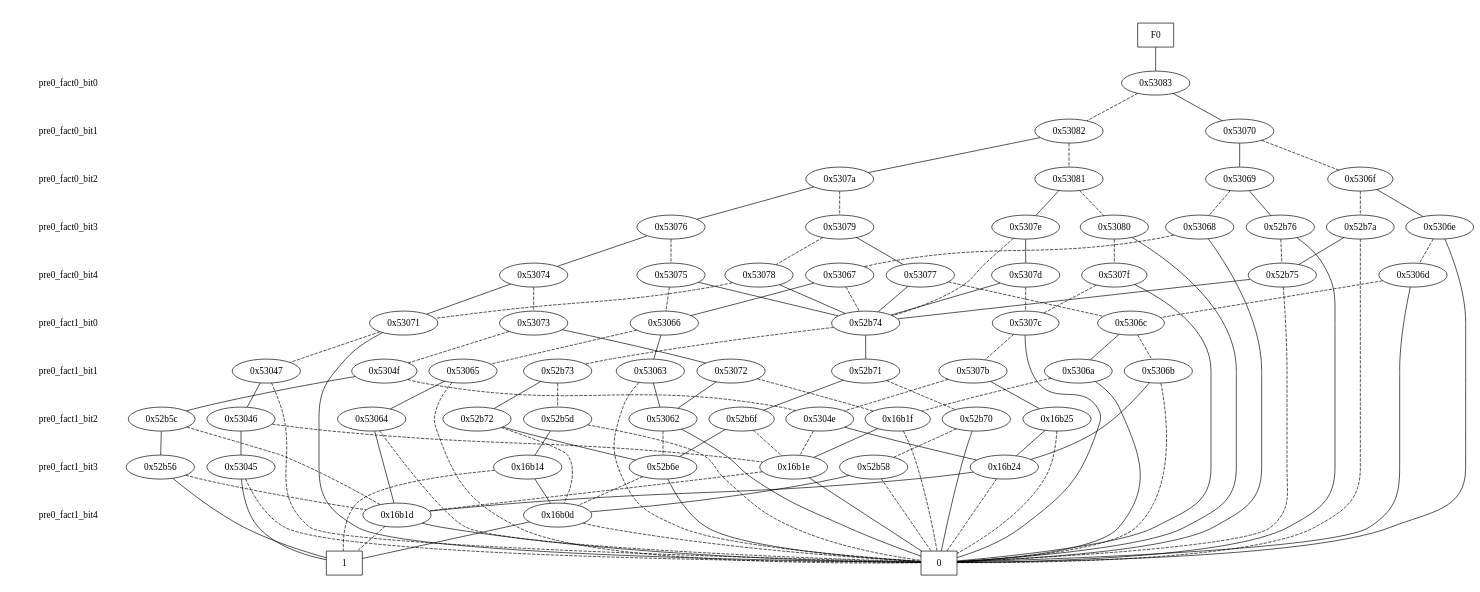
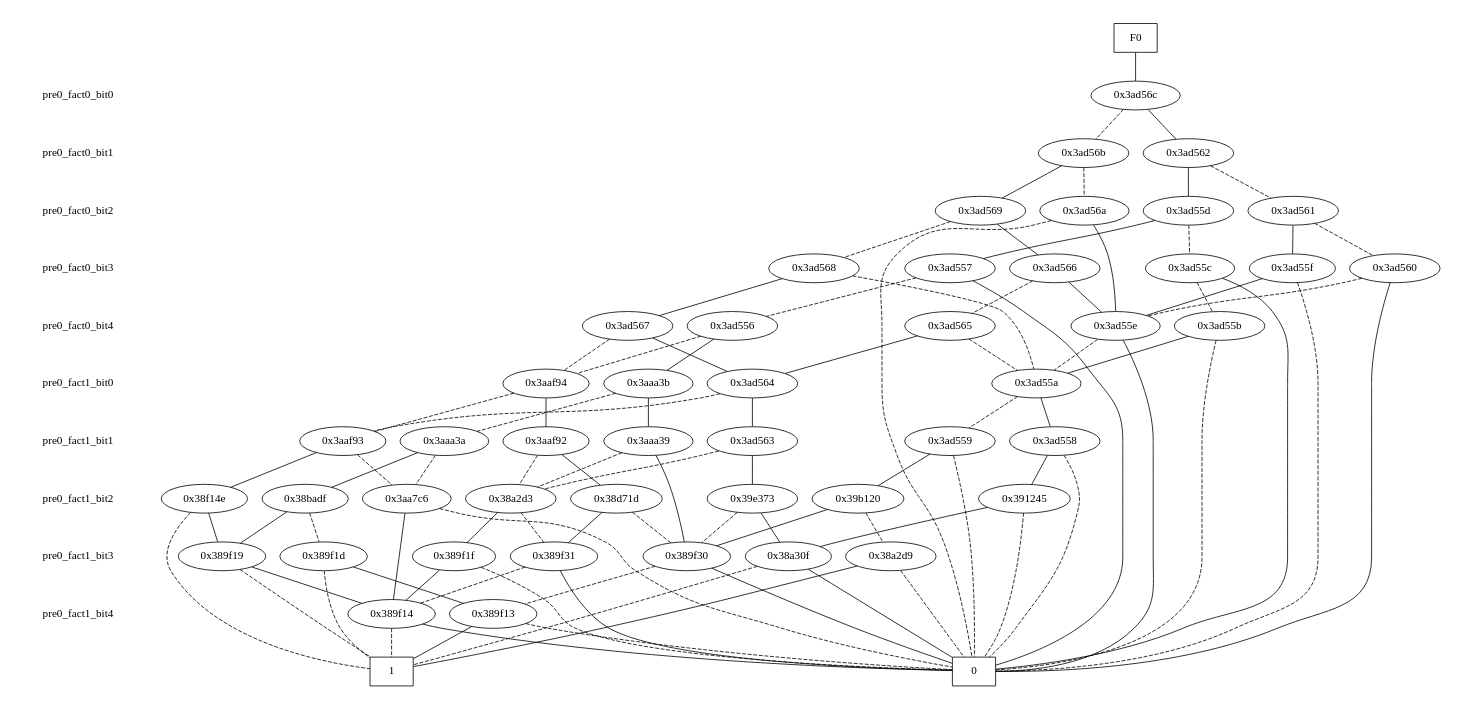
The diagram in effects1.dot (galvusdamor/downward-hm), drawn with Graphviz before and after one commit. The commit also changed 30 other files, not shown here.

```diff
--- a/effects1.dot
+++ b/effects1.dot
@@ -10,211 +10,169 @@
 { rank = same; node [shape = box]; edge [style = invis];
 "F0"; }
 { rank = same; " pre0_fact0_bit0 ";
-"0x53083";
+"0x3ad56c";
 }
 { rank = same; " pre0_fact0_bit1 ";
-"0x53082";
-"0x53070";
+"0x3ad56b";
+"0x3ad562";
 }
 { rank = same; " pre0_fact0_bit2 ";
-"0x53081";
-"0x5306f";
-"0x53069";
-"0x5307a";
+"0x3ad56a";
+"0x3ad569";
+"0x3ad55d";
+"0x3ad561";
 }
 { rank = same; " pre0_fact0_bit3 ";
-"0x53079";
-"0x52b7a";
-"0x53080";
-"0x52b76";
-"0x5307e";
-"0x53068";
-"0x53076";
-"0x5306e";
+"0x3ad566";
+"0x3ad55f";
+"0x3ad568";
+"0x3ad557";
+"0x3ad55c";
+"0x3ad560";
 }
 { rank = same; " pre0_fact0_bit4 ";
-"0x53074";
-"0x53075";
-"0x5307f";
-"0x53077";
-"0x53078";
-"0x5306d";
-"0x52b75";
-"0x5307d";
-"0x53067";
+"0x3ad565";
+"0x3ad567";
+"0x3ad556";
+"0x3ad55b";
+"0x3ad55e";
 }
 { rank = same; " pre0_fact1_bit0 ";
-"0x5307c";
-"0x5306c";
-"0x53073";
-"0x52b74";
-"0x53066";
-"0x53071";
+"0x3ad564";
+"0x3aaa3b";
+"0x3ad55a";
+"0x3aaf94";
 }
 { rank = same; " pre0_fact1_bit1 ";
-"0x5306a";
-"0x52b73";
-"0x5304f";
-"0x52b71";
-"0x5306b";
-"0x53047";
-"0x5307b";
-"0x53063";
-"0x53065";
-"0x53072";
+"0x3aaf93";
+"0x3aaa3a";
+"0x3aaf92";
+"0x3ad558";
+"0x3ad559";
+"0x3aaa39";
+"0x3ad563";
 }
 { rank = same; " pre0_fact1_bit2 ";
-"0x53062";
-"0x53046";
-"0x52b72";
-"0x52b5d";
-"0x16b1f";
-"0x16b25";
-"0x52b70";
-"0x5304e";
-"0x52b5c";
-"0x52b6f";
-"0x53064";
+"0x39b120";
+"0x39e373";
+"0x38badf";
+"0x38f14e";
+"0x391245";
+"0x38a2d3";
+"0x38d71d";
+"0x3aa7c6";
 }
 { rank = same; " pre0_fact1_bit3 ";
-"0x16b1e";
-"0x53045";
-"0x52b6e";
-"0x52b56";
-"0x16b14";
-"0x52b58";
-"0x16b24";
+"0x38a30f";
+"0x389f1d";
+"0x389f30";
+"0x389f31";
+"0x38a2d9";
+"0x389f19";
+"0x389f1f";
 }
 { rank = same; " pre0_fact1_bit4 ";
-"0x16b1d";
-"0x16b0d";
+"0x389f14";
+"0x389f13";
 }
 { rank = same; "CONST NODES";
-{ node [shape = box]; "0x16a9c";
-"0x16a9b";
+{ node [shape = box]; "0x36e91c";
+"0x36e91b";
 }
 }
-"F0" -> "0x53083" [style = solid];
-"0x53083" -> "0x53070";
-"0x53083" -> "0x53082" [style = dashed];
-"0x53082" -> "0x5307a";
-"0x53082" -> "0x53081" [style = dashed];
-"0x53070" -> "0x53069";
-"0x53070" -> "0x5306f" [style = dashed];
-"0x53081" -> "0x5307e";
-"0x53081" -> "0x53080" [style = dashed];
-"0x5306f" -> "0x5306e";
-"0x5306f" -> "0x52b7a" [style = dashed];
-"0x53069" -> "0x52b76";
-"0x53069" -> "0x53068" [style = dashed];
-"0x5307a" -> "0x53076";
-"0x5307a" -> "0x53079" [style = dashed];
-"0x53079" -> "0x53077";
-"0x53079" -> "0x53078" [style = dashed];
-"0x52b7a" -> "0x52b75";
-"0x52b7a" -> "0x16a9c" [style = dashed];
-"0x53080" -> "0x16a9c";
-"0x53080" -> "0x5307f" [style = dashed];
-"0x52b76" -> "0x16a9c";
-"0x52b76" -> "0x52b75" [style = dashed];
-"0x5307e" -> "0x5307d";
-"0x5307e" -> "0x52b74" [style = dashed];
-"0x53068" -> "0x16a9c";
-"0x53068" -> "0x53067" [style = dashed];
-"0x53076" -> "0x53074";
-"0x53076" -> "0x53075" [style = dashed];
-"0x5306e" -> "0x16a9c";
-"0x5306e" -> "0x5306d" [style = dashed];
-"0x53074" -> "0x53071";
-"0x53074" -> "0x53073" [style = dashed];
-"0x53075" -> "0x52b74";
-"0x53075" -> "0x53066" [style = dashed];
-"0x5307f" -> "0x16a9c";
-"0x5307f" -> "0x5307c" [style = dashed];
-"0x53077" -> "0x52b74";
-"0x53077" -> "0x5306c" [style = dashed];
-"0x53078" -> "0x52b74";
-"0x53078" -> "0x53071" [style = dashed];
-"0x5306d" -> "0x16a9c";
-"0x5306d" -> "0x5306c" [style = dashed];
-"0x52b75" -> "0x52b74";
-"0x52b75" -> "0x16a9c" [style = dashed];
-"0x5307d" -> "0x52b74";
-"0x5307d" -> "0x5307c" [style = dashed];
-"0x53067" -> "0x53066";
-"0x53067" -> "0x52b74" [style = dashed];
-"0x5307c" -> "0x16a9c";
-"0x5307c" -> "0x5307b" [style = dashed];
-"0x5306c" -> "0x5306a";
-"0x5306c" -> "0x5306b" [style = dashed];
-"0x53073" -> "0x53072";
-"0x53073" -> "0x5304f" [style = dashed];
-"0x52b74" -> "0x52b71";
-"0x52b74" -> "0x52b73" [style = dashed];
-"0x53066" -> "0x53063";
-"0x53066" -> "0x53065" [style = dashed];
-"0x53071" -> "0x16a9c";
-"0x53071" -> "0x53047" [style = dashed];
-"0x5306a" -> "0x16a9c";
-"0x5306a" -> "0x16b1f" [style = dashed];
-"0x52b73" -> "0x52b72";
-"0x52b73" -> "0x52b5d" [style = dashed];
-"0x5304f" -> "0x52b5c";
-"0x5304f" -> "0x5304e" [style = dashed];
-"0x52b71" -> "0x52b6f";
-"0x52b71" -> "0x52b70" [style = dashed];
-"0x5306b" -> "0x16b24";
-"0x5306b" -> "0x16a9c" [style = dashed];
-"0x53047" -> "0x53046";
-"0x53047" -> "0x16a9c" [style = dashed];
-"0x5307b" -> "0x16b25";
-"0x5307b" -> "0x5304e" [style = dashed];
-"0x53063" -> "0x53062";
-"0x53063" -> "0x16a9c" [style = dashed];
-"0x53065" -> "0x53064";
-"0x53065" -> "0x16a9c" [style = dashed];
-"0x53072" -> "0x53062";
-"0x53072" -> "0x16b1f" [style = dashed];
-"0x53062" -> "0x16a9c";
-"0x53062" -> "0x52b6e" [style = dashed];
-"0x53046" -> "0x53045";
-"0x53046" -> "0x16b1e" [style = dashed];
-"0x52b72" -> "0x52b6e";
-"0x52b72" -> "0x16b0d" [style = dashed];
-"0x52b5d" -> "0x16b14";
-"0x52b5d" -> "0x16a9c" [style = dashed];
-"0x16b1f" -> "0x16b1e";
-"0x16b1f" -> "0x16a9c" [style = dashed];
-"0x16b25" -> "0x16b24";
-"0x16b25" -> "0x16a9c" [style = dashed];
-"0x52b70" -> "0x16a9c";
-"0x52b70" -> "0x52b58" [style = dashed];
-"0x5304e" -> "0x16b24";
-"0x5304e" -> "0x16b1e" [style = dashed];
-"0x52b5c" -> "0x52b56";
-"0x52b5c" -> "0x16b1d" [style = dashed];
-"0x52b6f" -> "0x52b6e";
-"0x52b6f" -> "0x16b1e" [style = dashed];
-"0x53064" -> "0x16b1d";
-"0x53064" -> "0x16a9c" [style = dashed];
-"0x16b1e" -> "0x16a9c";
-"0x16b1e" -> "0x16b1d" [style = dashed];
-"0x53045" -> "0x16a9b";
-"0x53045" -> "0x16a9c" [style = dashed];
-"0x52b6e" -> "0x16a9c";
-"0x52b6e" -> "0x16b0d" [style = dashed];
-"0x52b56" -> "0x16a9b";
-"0x52b56" -> "0x16b1d" [style = dashed];
-"0x16b14" -> "0x16b0d";
-"0x16b14" -> "0x16a9b" [style = dashed];
-"0x52b58" -> "0x16b0d";
-"0x52b58" -> "0x16a9c" [style = dashed];
-"0x16b24" -> "0x16b1d";
-"0x16b24" -> "0x16a9c" [style = dashed];
-"0x16b1d" -> "0x16a9c";
-"0x16b1d" -> "0x16a9b" [style = dashed];
-"0x16b0d" -> "0x16a9b";
-"0x16b0d" -> "0x16a9c" [style = dashed];
-"0x16a9c" [label = "0"];
-"0x16a9b" [label = "1"];
+"F0" -> "0x3ad56c" [style = solid];
+"0x3ad56c" -> "0x3ad562";
+"0x3ad56c" -> "0x3ad56b" [style = dashed];
+"0x3ad56b" -> "0x3ad569";
+"0x3ad56b" -> "0x3ad56a" [style = dashed];
+"0x3ad562" -> "0x3ad55d";
+"0x3ad562" -> "0x3ad561" [style = dashed];
+"0x3ad56a" -> "0x3ad55e";
+"0x3ad56a" -> "0x36e91c" [style = dashed];
+"0x3ad569" -> "0x3ad566";
+"0x3ad569" -> "0x3ad568" [style = dashed];
+"0x3ad55d" -> "0x3ad557";
+"0x3ad55d" -> "0x3ad55c" [style = dashed];
+"0x3ad561" -> "0x3ad55f";
+"0x3ad561" -> "0x3ad560" [style = dashed];
+"0x3ad566" -> "0x3ad55e";
+"0x3ad566" -> "0x3ad565" [style = dashed];
+"0x3ad55f" -> "0x3ad55e";
+"0x3ad55f" -> "0x36e91c" [style = dashed];
+"0x3ad568" -> "0x3ad567";
+"0x3ad568" -> "0x3ad55a" [style = dashed];
+"0x3ad557" -> "0x36e91c";
+"0x3ad557" -> "0x3ad556" [style = dashed];
+"0x3ad55c" -> "0x36e91c";
+"0x3ad55c" -> "0x3ad55b" [style = dashed];
+"0x3ad560" -> "0x36e91c";
+"0x3ad560" -> "0x3ad55e" [style = dashed];
+"0x3ad565" -> "0x3ad564";
+"0x3ad565" -> "0x3ad55a" [style = dashed];
+"0x3ad567" -> "0x3ad564";
+"0x3ad567" -> "0x3aaf94" [style = dashed];
+"0x3ad556" -> "0x3aaa3b";
+"0x3ad556" -> "0x3aaf94" [style = dashed];
+"0x3ad55b" -> "0x3ad55a";
+"0x3ad55b" -> "0x36e91c" [style = dashed];
+"0x3ad55e" -> "0x36e91c";
+"0x3ad55e" -> "0x3ad55a" [style = dashed];
+"0x3ad564" -> "0x3ad563";
+"0x3ad564" -> "0x3aaf93" [style = dashed];
+"0x3aaa3b" -> "0x3aaa39";
+"0x3aaa3b" -> "0x3aaa3a" [style = dashed];
+"0x3ad55a" -> "0x3ad558";
+"0x3ad55a" -> "0x3ad559" [style = dashed];
+"0x3aaf94" -> "0x3aaf92";
+"0x3aaf94" -> "0x3aaf93" [style = dashed];
+"0x3aaf93" -> "0x38f14e";
+"0x3aaf93" -> "0x3aa7c6" [style = dashed];
+"0x3aaa3a" -> "0x38badf";
+"0x3aaa3a" -> "0x3aa7c6" [style = dashed];
+"0x3aaf92" -> "0x38d71d";
+"0x3aaf92" -> "0x38a2d3" [style = dashed];
+"0x3ad558" -> "0x391245";
+"0x3ad558" -> "0x36e91c" [style = dashed];
+"0x3ad559" -> "0x39b120";
+"0x3ad559" -> "0x36e91c" [style = dashed];
+"0x3aaa39" -> "0x389f30";
+"0x3aaa39" -> "0x38a2d3" [style = dashed];
+"0x3ad563" -> "0x39e373";
+"0x3ad563" -> "0x38a2d3" [style = dashed];
+"0x39b120" -> "0x389f30";
+"0x39b120" -> "0x38a2d9" [style = dashed];
+"0x39e373" -> "0x38a30f";
+"0x39e373" -> "0x389f30" [style = dashed];
+"0x38badf" -> "0x389f19";
+"0x38badf" -> "0x389f1d" [style = dashed];
+"0x38f14e" -> "0x389f19";
+"0x38f14e" -> "0x36e91b" [style = dashed];
+"0x391245" -> "0x38a30f";
+"0x391245" -> "0x36e91c" [style = dashed];
+"0x38a2d3" -> "0x389f1f";
+"0x38a2d3" -> "0x389f31" [style = dashed];
+"0x38d71d" -> "0x389f31";
+"0x38d71d" -> "0x389f30" [style = dashed];
+"0x3aa7c6" -> "0x389f14";
+"0x3aa7c6" -> "0x36e91c" [style = dashed];
+"0x38a30f" -> "0x36e91c";
+"0x38a30f" -> "0x36e91b" [style = dashed];
+"0x389f1d" -> "0x389f13";
+"0x389f1d" -> "0x36e91b" [style = dashed];
+"0x389f30" -> "0x36e91c";
+"0x389f30" -> "0x389f13" [style = dashed];
+"0x389f31" -> "0x36e91c";
+"0x389f31" -> "0x389f14" [style = dashed];
+"0x38a2d9" -> "0x36e91b";
+"0x38a2d9" -> "0x36e91c" [style = dashed];
+"0x389f19" -> "0x389f14";
+"0x389f19" -> "0x36e91b" [style = dashed];
+"0x389f1f" -> "0x389f14";
+"0x389f1f" -> "0x36e91c" [style = dashed];
+"0x389f14" -> "0x36e91c";
+"0x389f14" -> "0x36e91b" [style = dashed];
+"0x389f13" -> "0x36e91b";
+"0x389f13" -> "0x36e91c" [style = dashed];
+"0x36e91c" [label = "0"];
+"0x36e91b" [label = "1"];
 }
```
